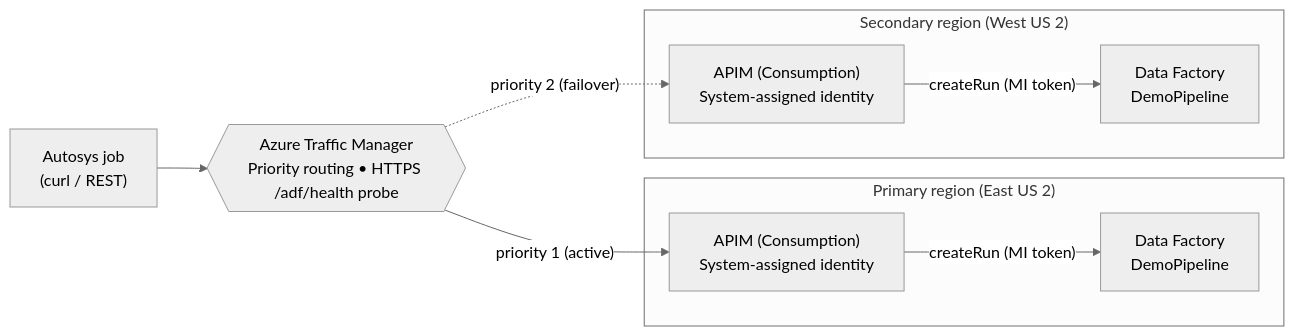
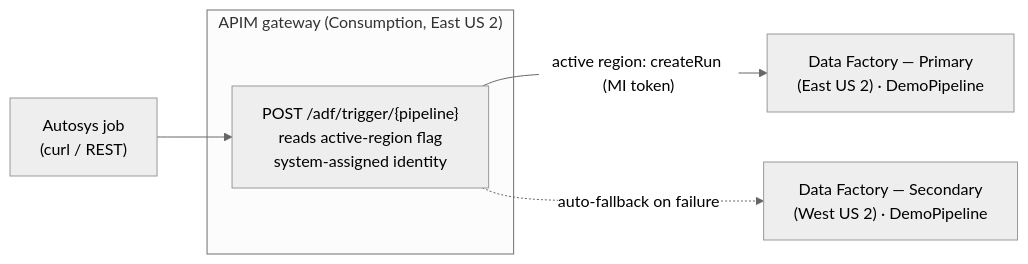
The diagram in README.md (SpiffLabSquad/adf-dr-apim-demo), drawn with Mermaid (neutral theme) before and after one commit. The commit also changed other lines of this file and 19 other files, not shown here.

First line of the commit message:
Remove Traffic Manager; pivot to single-APIM active-region routing

````diff
--- a/README.md
+++ b/README.md
@@ -33,21 +30,15 @@
 ```mermaid
 flowchart LR
     AJ["Autosys job<br/>(curl / REST)"]
-    TM{{"Azure Traffic Manager<br/>Priority routing • HTTPS /adf/health probe"}}
 
-    subgraph P["Primary region (East US 2)"]
-        AP["APIM (Consumption)<br/>System-assigned identity"]
-        FP["Data Factory<br/>DemoPipeline"]
-        AP -- "createRun (MI token)" --> FP
+    subgraph G["APIM gateway (Consumption, East US 2)"]
+        API["POST /adf/trigger/{pipeline}<br/>reads active-region flag<br/>system-assigned identity"]
     end
 
-    subgraph S["Secondary region (West US 2)"]
-        AS["APIM (Consumption)<br/>System-assigned identity"]
-        FS["Data Factory<br/>DemoPipeline"]
-        AS -- "createRun (MI token)" --> FS
-    end
+    FP["Data Factory — Primary<br/>(East US 2) · DemoPipeline"]
+    FS["Data Factory — Secondary<br/>(West US 2) · DemoPipeline"]
 
-    AJ --> TM
-    TM -- "priority 1 (active)" --> AP
-    TM -. "priority 2 (failover)" .-> AS
+    AJ --> API
+    API -- "active region: createRun (MI token)" --> FP
+    API -. "auto-fallback on failure" .-> FS
 ```
````
